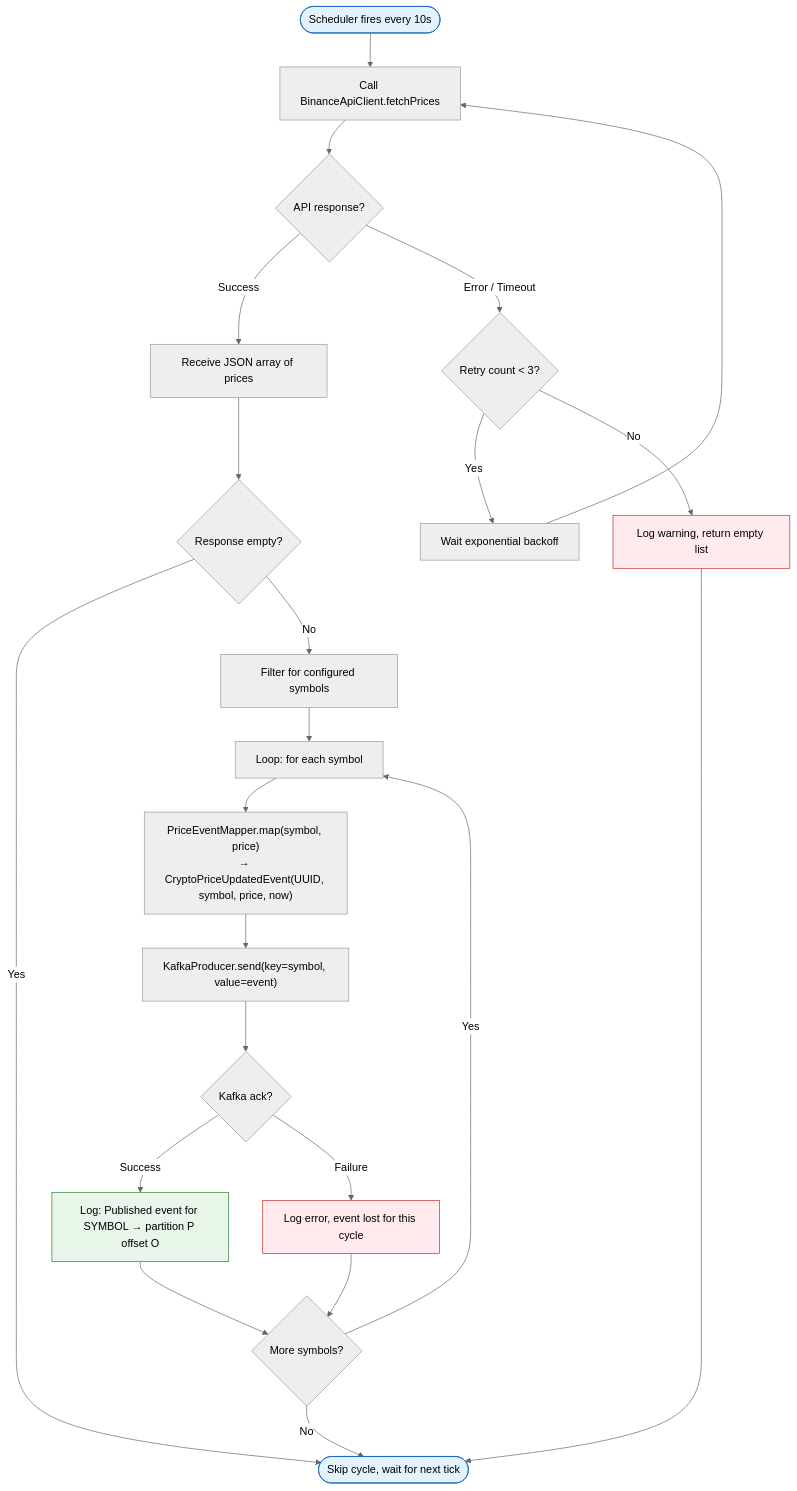
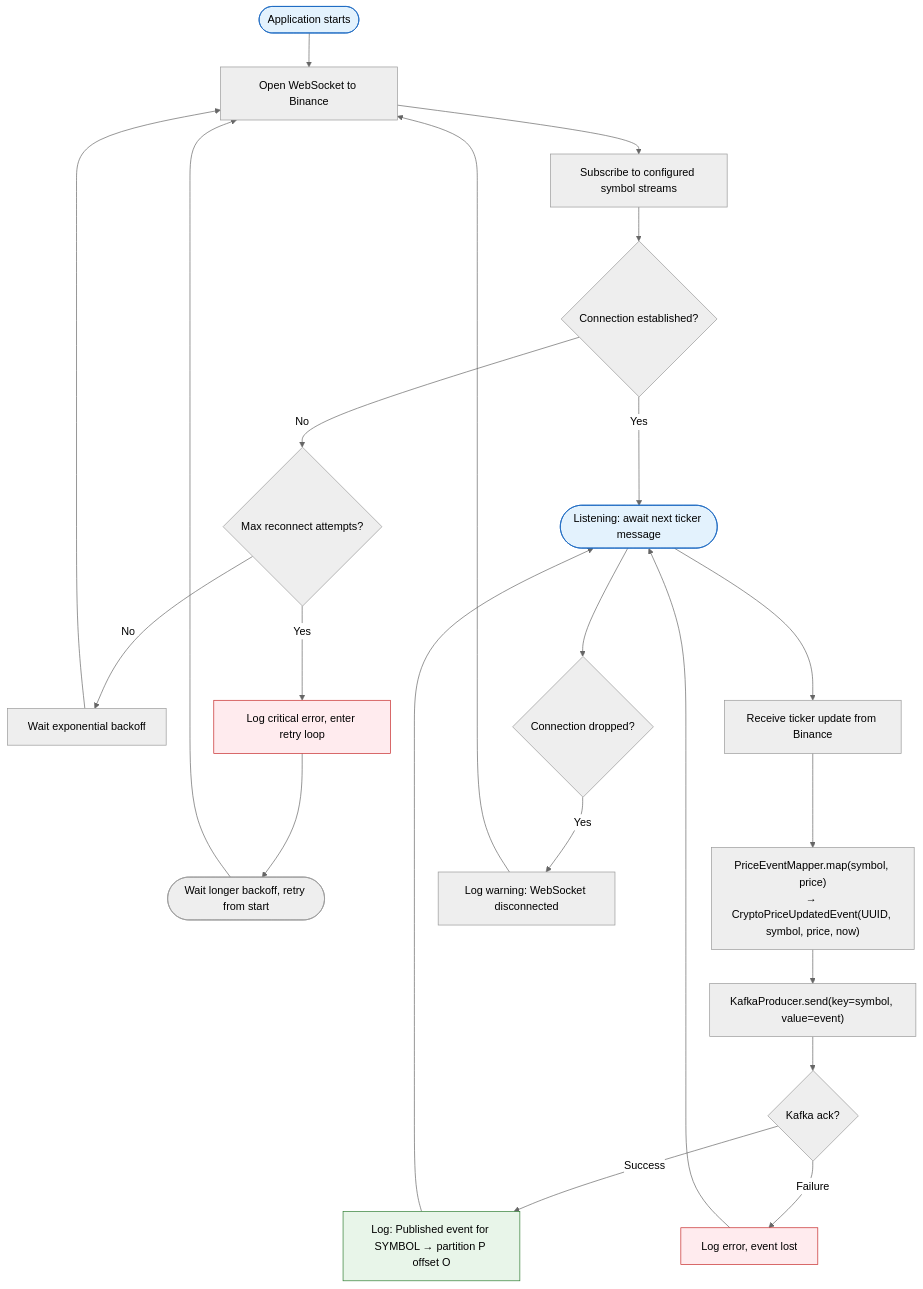
Before and after one commit to cyrilgabriele/EDPO-Project-FS26: the first of 3 diagrams in docs/diagrams/activity-diagrams.md, drawn with Mermaid (neutral theme). The commit also changed other lines of this file and 20 other files, not shown here.

````diff
--- a/docs/diagrams/activity-diagrams.md
+++ b/docs/diagrams/activity-diagrams.md
@@ -5,36 +5,36 @@
 ```mermaid
 flowchart TD
-    A([Scheduler fires every 10s]) --> B[Call BinanceApiClient.fetchPrices]
-    B --> C{API response?}
+    A([Application starts]) --> B[Open WebSocket to Binance]
+    B --> C[Subscribe to configured symbol streams]
+    C --> D{Connection established?}
 
-    C -->|Success| D[Receive JSON array of prices]
-    C -->|Error / Timeout| E{Retry count < 3?}
+    D -->|No| E{Max reconnect attempts?}
+    E -->|No| F[Wait exponential backoff]
+    F --> B
+    E -->|Yes| G[Log critical error, enter retry loop]
+    G --> H([Wait longer backoff, retry from start])
+    H --> B
 
-    E -->|Yes| F[Wait exponential backoff]
-    F --> B
-    E -->|No| G[Log warning, return empty list]
-    G --> H([Skip cycle, wait for next tick])
+    D -->|Yes| I([Listening: await next ticker message])
 
-    D --> I{Response empty?}
-    I -->|Yes| H
-    I -->|No| J[Filter for configured symbols]
+    I --> J[Receive ticker update from Binance]
+    J --> K["PriceEventMapper.map(symbol, price)<br/>→ CryptoPriceUpdatedEvent(UUID, symbol, price, now)"]
+    K --> L["KafkaProducer.send(key=symbol, value=event)"]
+    L --> M{Kafka ack?}
 
-    J --> K["Loop: for each symbol"]
-    K --> L["PriceEventMapper.map(symbol, price)<br/>→ CryptoPriceUpdatedEvent(UUID, symbol, price, now)"]
-    L --> M["KafkaProducer.send(key=symbol, value=event)"]
-    M --> N{Kafka ack?}
+    M -->|Success| N[Log: Published event for SYMBOL → partition P offset O]
+    M -->|Failure| O[Log error, event lost]
 
-    N -->|Success| O[Log: Published event for SYMBOL → partition P offset O]
-    N -->|Failure| P[Log error, event lost for this cycle]
+    N --> I
+    O --> I
 
-    O --> Q{More symbols?}
-    P --> Q
-    Q -->|Yes| K
-    Q -->|No| H
+    I --> P{Connection dropped?}
+    P -->|Yes| Q[Log warning: WebSocket disconnected]
+    Q --> B
 
     style A fill:#e3f2fd,stroke:#1565c0
-    style H fill:#e3f2fd,stroke:#1565c0
+    style I fill:#e3f2fd,stroke:#1565c0
     style G fill:#ffebee,stroke:#c62828
-    style P fill:#ffebee,stroke:#c62828
-    style O fill:#e8f5e9,stroke:#2e7d32
+    style O fill:#ffebee,stroke:#c62828
+    style N fill:#e8f5e9,stroke:#2e7d32
 ```
````
